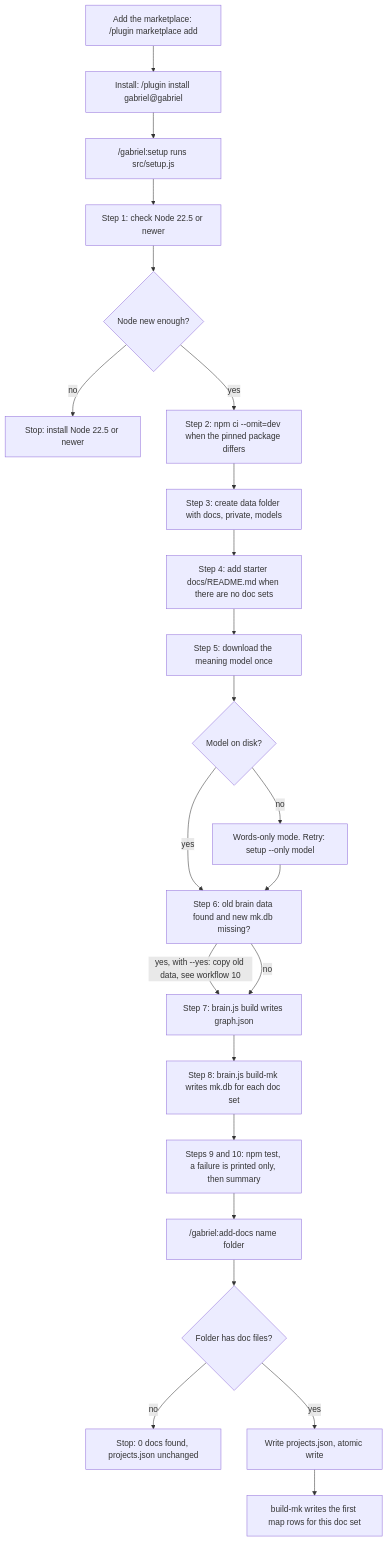
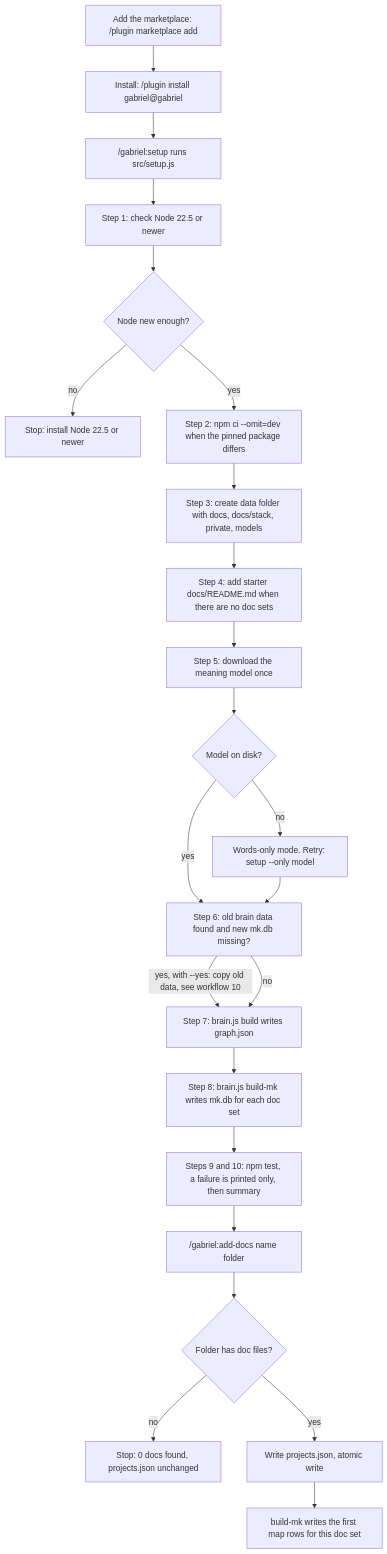
Before and after one commit to ThanhNVan/gabriel-plugin: the first of 10 diagrams in docs/WORKFLOWS.md, drawn with Mermaid. The commit also changed other lines of this file and 64 other files, not shown here.

Commit message:
added graphify and docs

````diff
--- a/docs/WORKFLOWS.md
+++ b/docs/WORKFLOWS.md
@@ -25,25 +27,25 @@
 ```mermaid
 flowchart TD
   A["Add the marketplace: /plugin marketplace add"] --> B["Install: /plugin install gabriel@gabriel"]
   B --> C["/gabriel:setup runs src/setup.js"]
   C --> S1["Step 1: check Node 22.5 or newer"]
   S1 --> D1{"Node new enough?"}
   D1 -- "no" --> X1["Stop: install Node 22.5 or newer"]
   D1 -- "yes" --> S2["Step 2: npm ci --omit=dev when the pinned package differs"]
-  S2 --> S3["Step 3: create data folder with docs, private, models"]
+  S2 --> S3["Step 3: create data folder with docs, docs/stack, private, models"]
   S3 --> S4["Step 4: add starter docs/README.md when there are no doc sets"]
   S4 --> S5["Step 5: download the meaning model once"]
   S5 --> D5{"Model on disk?"}
   D5 -- "no" --> W["Words-only mode. Retry: setup --only model"]
   D5 -- "yes" --> S6
   W --> S6["Step 6: old brain data found and new mk.db missing?"]
   S6 -- "yes, with --yes: copy old data, see workflow 10" --> S7
   S6 -- "no" --> S7
   S7["Step 7: brain.js build writes graph.json"] --> S8["Step 8: brain.js build-mk writes mk.db for each doc set"]
   S8 --> S9["Steps 9 and 10: npm test, a failure is printed only, then summary"]
   S9 --> AD["/gabriel:add-docs name folder"]
   AD --> D2{"Folder has doc files?"}
   D2 -- "no" --> X2["Stop: 0 docs found, projects.json unchanged"]
   D2 -- "yes" --> P["Write projects.json, atomic write"]
   P --> F["build-mk writes the first map rows for this doc set"]
 ```
````
